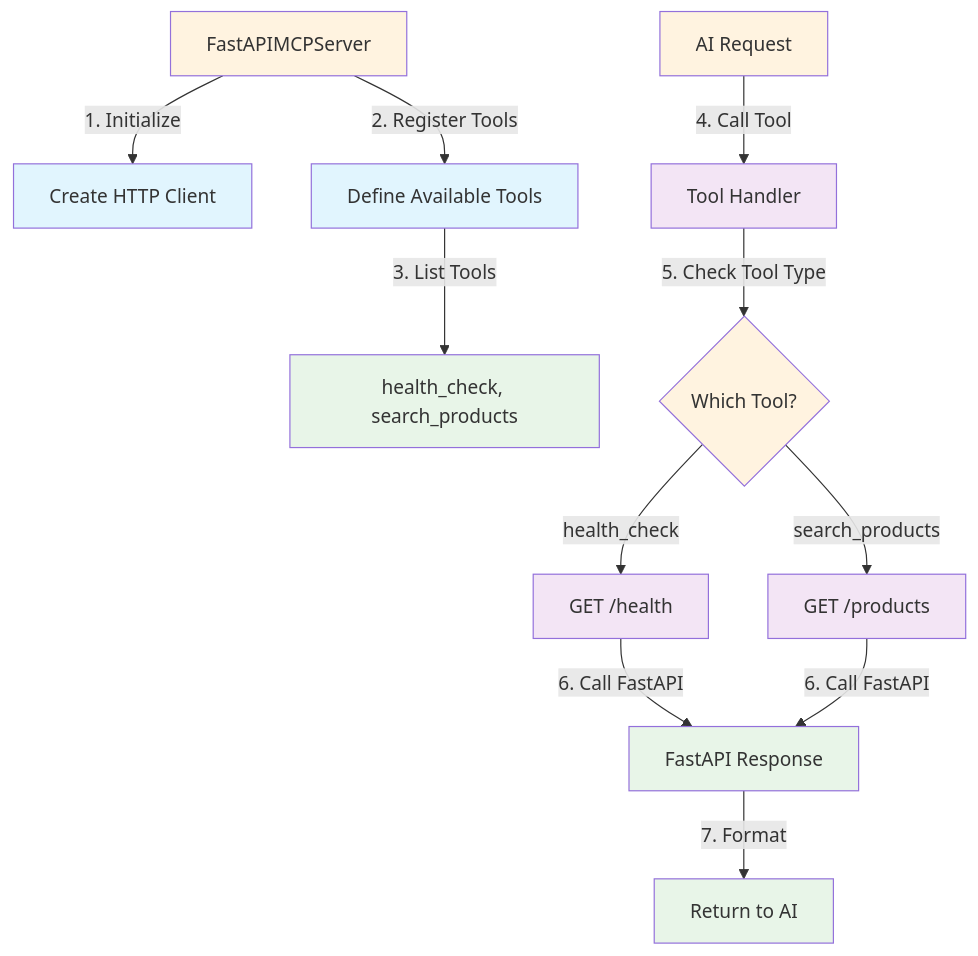
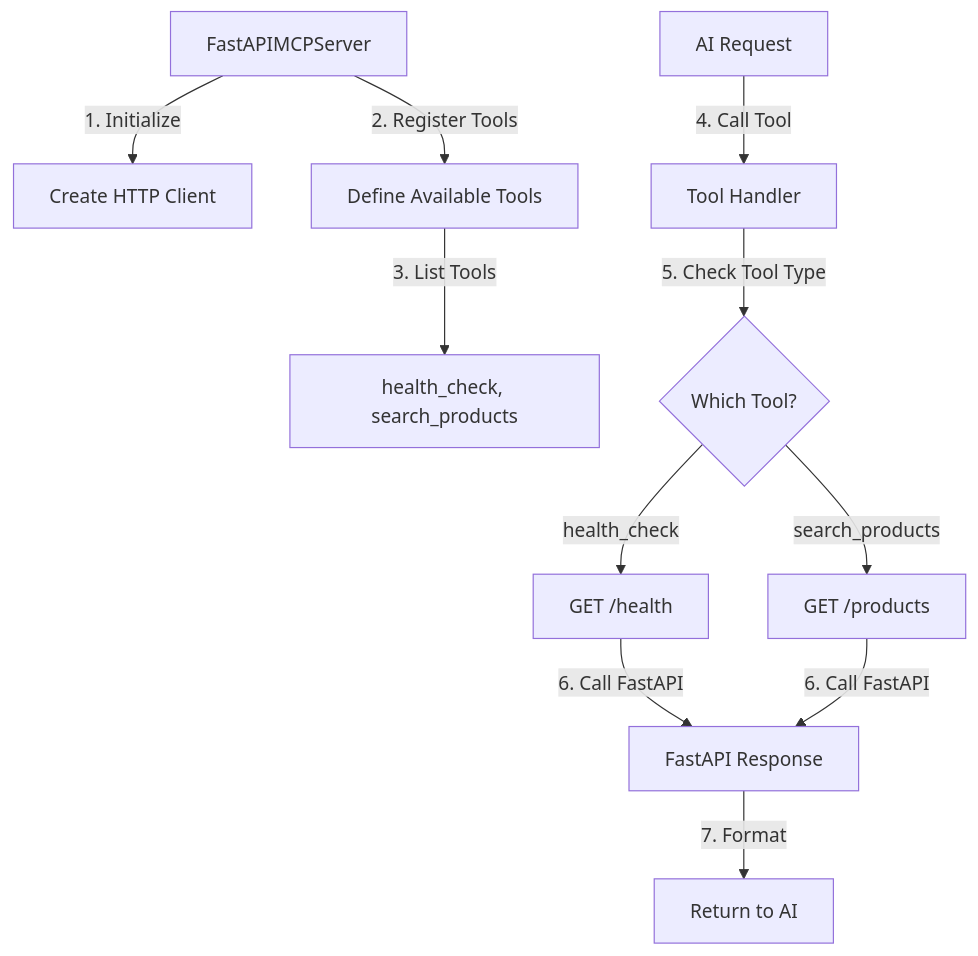
Before and after one commit to sethukrs/fastapi-mcp-demo: the third of 3 diagrams in README.md, drawn with Mermaid. The commit also changed other lines of this file, not shown here.

````diff
--- a/README.md
+++ b/README.md
@@ -141,30 +124,13 @@
 ```mermaid
 graph TD
     A[FastAPIMCPServer] -->|"1. Initialize"| B[Create HTTP Client]
     A -->|"2. Register Tools"| C[Define Available Tools]
-    
     C -->|"3. List Tools"| D[health_check, search_products]
-    
     E[AI Request] -->|"4. Call Tool"| F[Tool Handler]
     F -->|"5. Check Tool Type"| G{Which Tool?}
-    
     G -->|"health_check"| H[GET /health]
     G -->|"search_products"| I[GET /products]
-    
     H -->|"6. Call FastAPI"| J[FastAPI Response]
     I -->|"6. Call FastAPI"| J
-    
     J -->|"7. Format"| K[Return to AI]
-    
-    style A fill:#fff3e0
-    style B fill:#e1f5fe
-    style C fill:#e1f5fe
-    style D fill:#e8f5e8
-    style E fill:#fff3e0
-    style F fill:#f3e5f5
-    style G fill:#fff3e0
-    style H fill:#f3e5f5
-    style I fill:#f3e5f5
-    style J fill:#e8f5e8
-    style K fill:#e8f5e8
 ```
````
